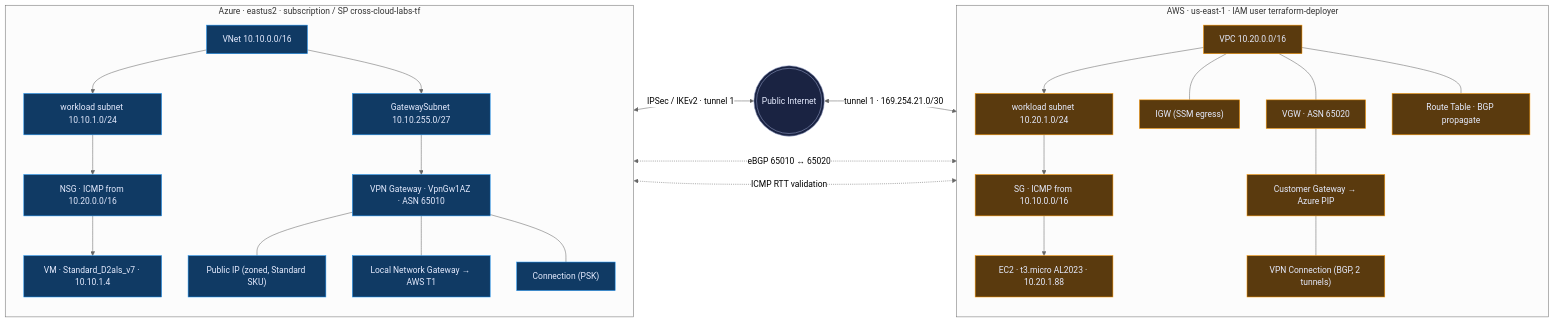
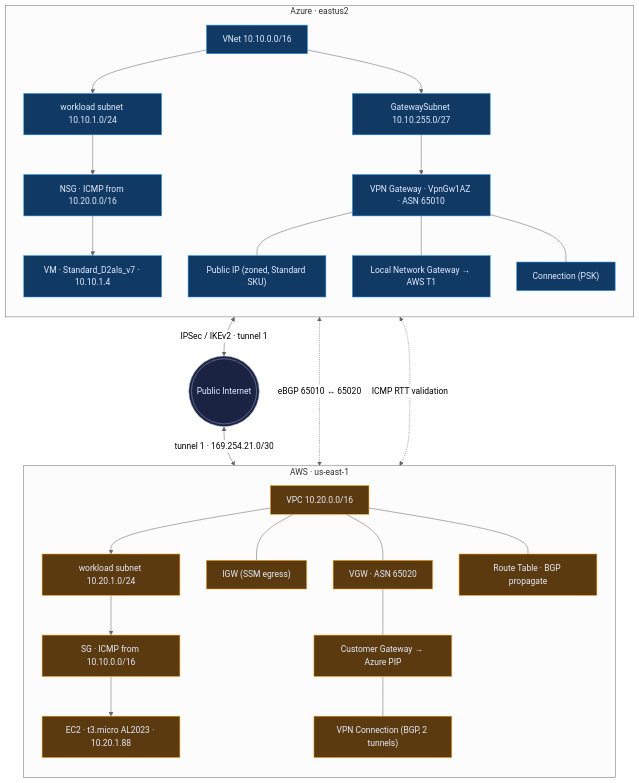
Before and after one commit to zanebarker-ops/cross-cloud-labs: the first of 8 diagrams in README.md, drawn with Mermaid (neutral theme). The commit also changed other lines of this file and 1 other file, not shown here.

First line of the commit message:
docs: make all 8 diagrams fit their frames without horizontal scroll

````diff
--- a/README.md
+++ b/README.md
@@ -155,51 +155,51 @@
 ```mermaid
-flowchart LR
-  subgraph AZ["Azure · eastus2 · subscription / SP cross-cloud-labs-tf"]
+flowchart TB
+  subgraph AZ["Azure · eastus2"]
     direction TB
     AZ_VNET["VNet 10.10.0.0/16"]
     AZ_GWS["GatewaySubnet 10.10.255.0/27"]
     AZ_WSUB["workload subnet 10.10.1.0/24"]
     AZ_PIP["Public IP (zoned, Standard SKU)"]
     AZ_VPN["VPN Gateway · VpnGw1AZ · ASN 65010"]
     AZ_LNG["Local Network Gateway → AWS T1"]
     AZ_CONN["Connection (PSK)"]
     AZ_NSG["NSG · ICMP from 10.20.0.0/16"]
     AZ_VM["VM · Standard_D2als_v7 · 10.10.1.4"]
     AZ_VNET --> AZ_GWS --> AZ_VPN
     AZ_VNET --> AZ_WSUB --> AZ_NSG --> AZ_VM
     AZ_VPN --- AZ_PIP
     AZ_VPN --- AZ_LNG
     AZ_VPN --- AZ_CONN
   end
 
-  subgraph AWS["AWS · us-east-1 · IAM user terraform-deployer"]
+  subgraph AWS["AWS · us-east-1"]
     direction TB
     AWS_VPC["VPC 10.20.0.0/16"]
     AWS_WSUB["workload subnet 10.20.1.0/24"]
     AWS_IGW["IGW (SSM egress)"]
     AWS_VGW["VGW · ASN 65020"]
     AWS_CGW["Customer Gateway → Azure PIP"]
     AWS_VPNC["VPN Connection (BGP, 2 tunnels)"]
     AWS_RT["Route Table · BGP propagate"]
     AWS_SG["SG · ICMP from 10.10.0.0/16"]
     AWS_EC2["EC2 · t3.micro AL2023 · 10.20.1.88"]
     AWS_VPC --> AWS_WSUB --> AWS_SG --> AWS_EC2
     AWS_VPC --- AWS_IGW
     AWS_VPC --- AWS_VGW
     AWS_VGW --- AWS_CGW --- AWS_VPNC
     AWS_VPC --- AWS_RT
   end
 
   Net((( Public Internet )))
   AZ_PIP <-->|IPSec / IKEv2 · tunnel 1| Net
   Net <-->|tunnel 1 · 169.254.21.0/30| AWS_VPNC
   AZ_VPN <-. eBGP 65010 ↔ 65020 .-> AWS_VGW
   AZ_VM <-. ICMP RTT validation .-> AWS_EC2
 
   classDef az fill:#103a64,stroke:#2196f3,color:#e6ecff;
   classDef aw fill:#5a3a0e,stroke:#ff9900,color:#e6ecff;
   classDef net fill:#1a2342,stroke:#94a0c8,color:#e6ecff;
   class AZ_VNET,AZ_GWS,AZ_WSUB,AZ_PIP,AZ_VPN,AZ_LNG,AZ_CONN,AZ_NSG,AZ_VM az;
   class AWS_VPC,AWS_WSUB,AWS_IGW,AWS_VGW,AWS_CGW,AWS_VPNC,AWS_RT,AWS_SG,AWS_EC2 aw;
   class Net net;
 ```
````
